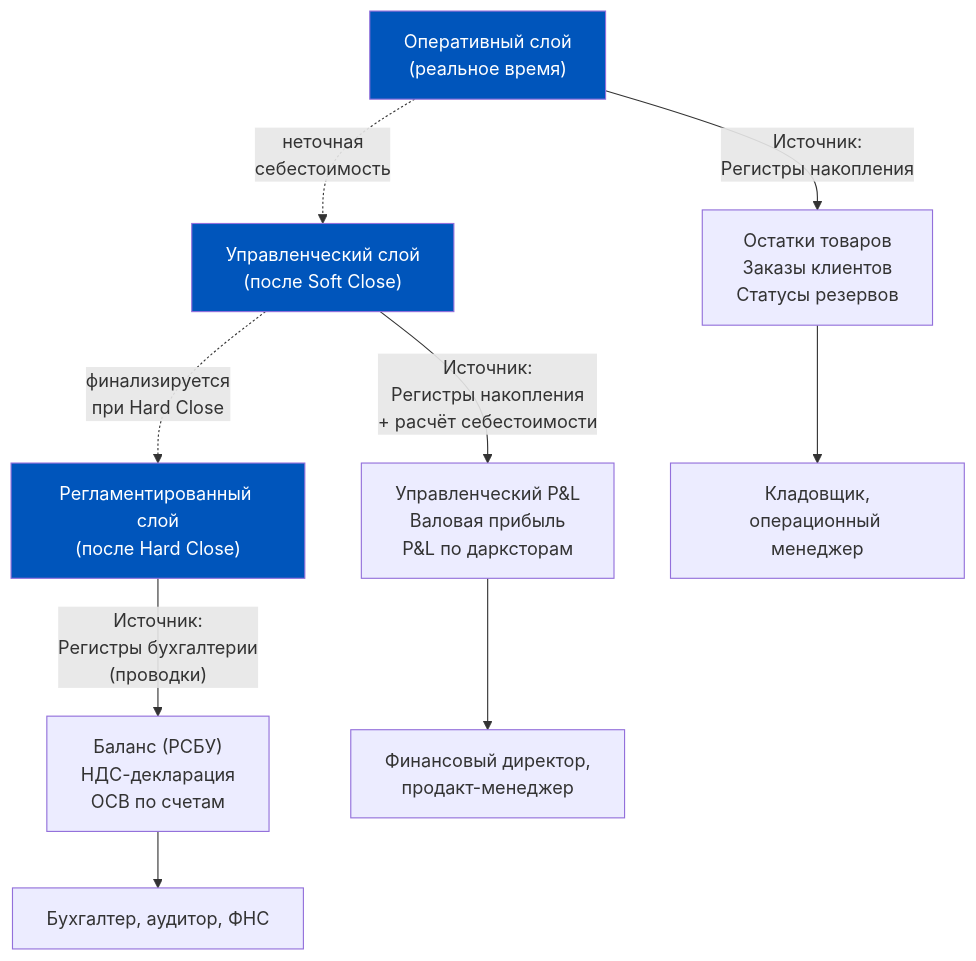
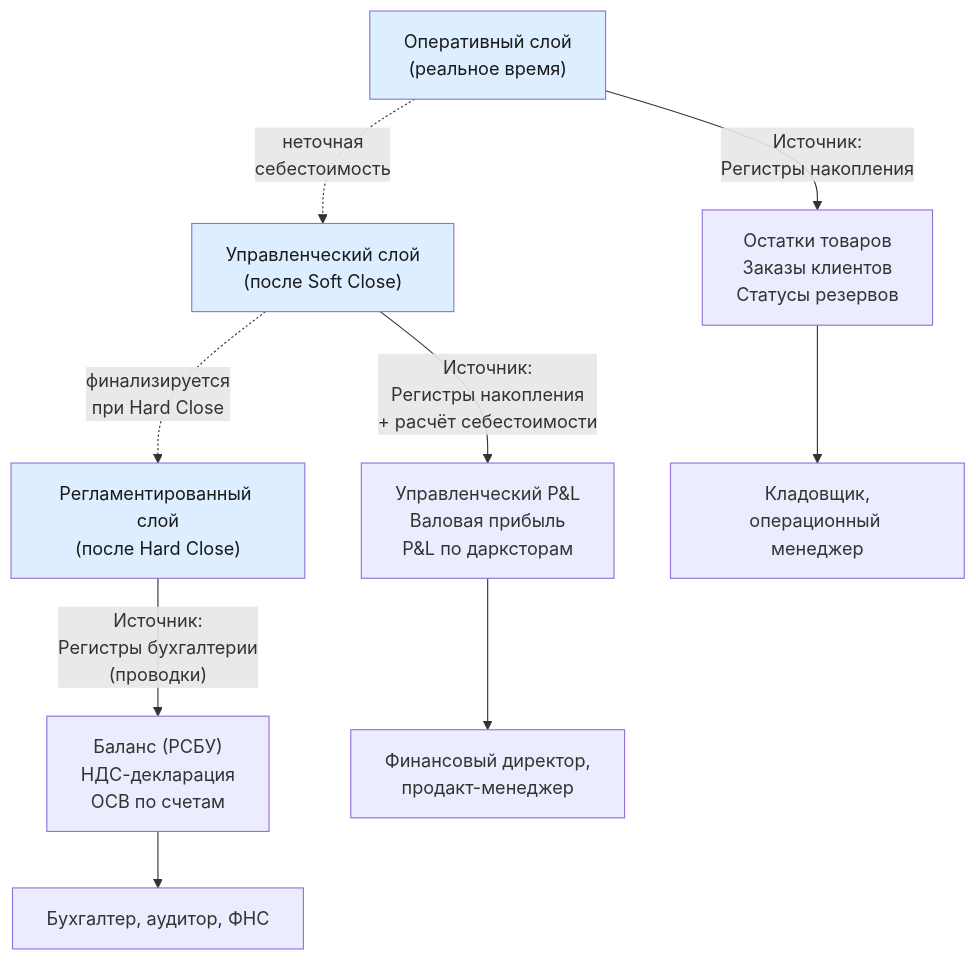
The first of 5 diagrams in content/1c-erp/week_1/Неделя 1 - День 5 - Отчётность и аналитика.md (murad1986/1c-erp-quartz), drawn with Mermaid before and after one commit. The commit also changed other lines of this file and 57 other files, not shown here.

First line of the commit message:
fix: Mermaid — пастельные цвета в источниках диаграмм (56 файлов)

````diff
--- a/content/1c-erp/week_1/Неделя 1 - День 5 - Отчётность и аналитика.md
+++ b/content/1c-erp/week_1/Неделя 1 - День 5 - Отчётность и аналитика.md
@@ -79,21 +79,21 @@
 ```mermaid
 flowchart TD
     OP["Оперативный слой<br/>(реальное время)"]
     UP["Управленческий слой<br/>(после Soft Close)"]
     REG["Регламентированный слой<br/>(после Hard Close)"]
 
     OP --> |"Источник:<br/>Регистры накопления"| R1["Остатки товаров<br/>Заказы клиентов<br/>Статусы резервов"]
     UP --> |"Источник:<br/>Регистры накопления<br/>+ расчёт себестоимости"| R2["Управленческий P&L<br/>Валовая прибыль<br/>P&L по дарксторам"]
     REG --> |"Источник:<br/>Регистры бухгалтерии<br/>(проводки)"| R3["Баланс (РСБУ)<br/>НДС-декларация<br/>ОСВ по счетам"]
 
     R1 --> WHO1["Кладовщик,<br/>операционный менеджер"]
     R2 --> WHO2["Финансовый директор,<br/>продакт-менеджер"]
     R3 --> WHO3["Бухгалтер, аудитор, ФНС"]
 
     OP -.->|"неточная<br/>себестоимость"| UP
     UP -.->|"финализируется<br/>при Hard Close"| REG
 
-    style OP fill:#0055BB,color:#fff
-    style UP fill:#0055BB,color:#fff
-    style REG fill:#0055BB,color:#fff
+    style OP fill:#dceeff,color:#1a1a1a
+    style UP fill:#dceeff,color:#1a1a1a
+    style REG fill:#dceeff,color:#1a1a1a
 ```
````
